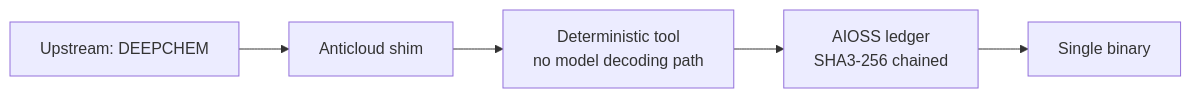
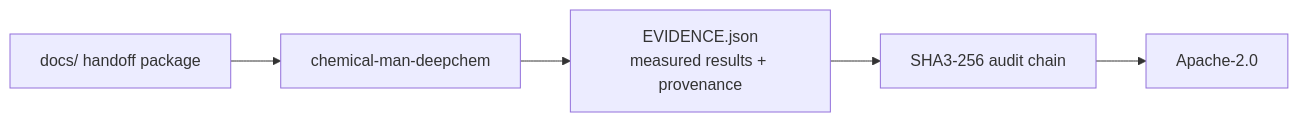
The diagram in README.md (the-anticloud/chemical-man-deepchem), drawn with Mermaid before and after one commit. The commit also changed other lines of this file and 8 other files, not shown here.

````diff
--- a/README.md
+++ b/README.md
@@ -11,7 +22,7 @@
 ```mermaid
 graph LR
-    U[Upstream: DEEPCHEM] --> S[Anticloud shim]
-    S --> T[Deterministic tool<br/>no model decoding path]
-    T --> A[AIOSS ledger<br/>SHA3-256 chained]
-    A --> B[Single binary]
+    D[docs/ handoff package] --> R[chemical-man-deepchem]
+    R --> E[EVIDENCE.json\nmeasured results + provenance]
+    E --> A[SHA3-256 audit chain]
+    A --> L[Apache-2.0]
 ```
````
